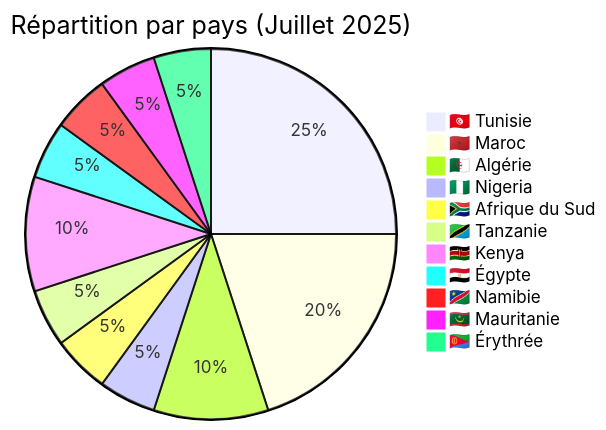
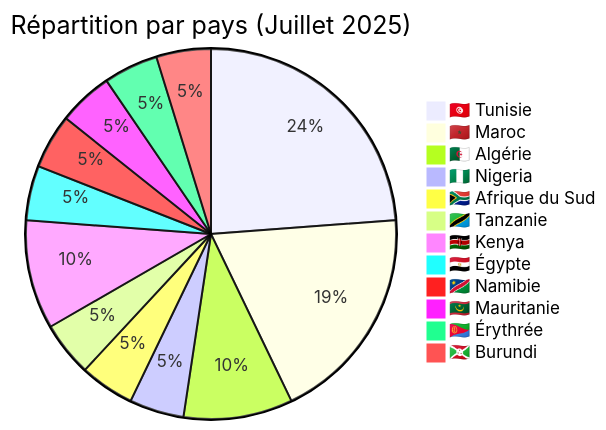
The third of 6 diagrams in CyberAttackAfrica/2025/07-july/README_FR.md (Hatchepsoute/AFRINTEL), drawn with Mermaid before and after one commit. The commit also changed other lines of this file and 112 other files, not shown here.

````diff
--- a/CyberAttackAfrica/2025/07-july/README_FR.md
+++ b/CyberAttackAfrica/2025/07-july/README_FR.md
@@ -102,14 +105,15 @@
 ```mermaid
 pie title Répartition par pays (Juillet 2025)
     "🇹🇳 Tunisie" : 5
     "🇲🇦 Maroc" : 4
     "🇩🇿 Algérie" : 2
     "🇳🇬 Nigeria" : 1
     "🇿🇦 Afrique du Sud" : 1
     "🇹🇿 Tanzanie" : 1
     "🇰🇪 Kenya" : 2
     "🇪🇬 Égypte" : 1
     "🇳🇦 Namibie" : 1
     "🇲🇷 Mauritanie" : 1
     "🇪🇷 Érythrée" : 1
+    "🇧🇮 Burundi" : 1
 ```
````
